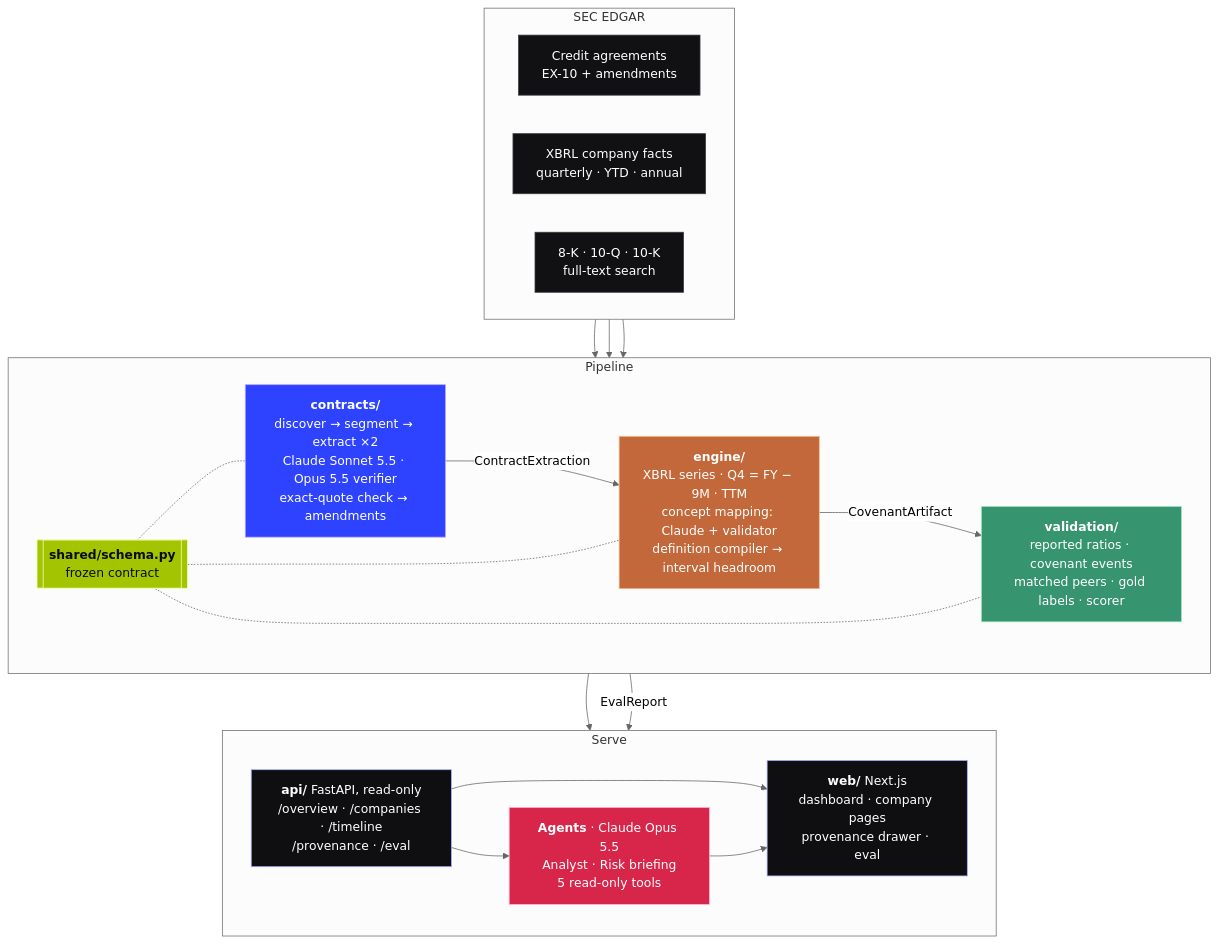
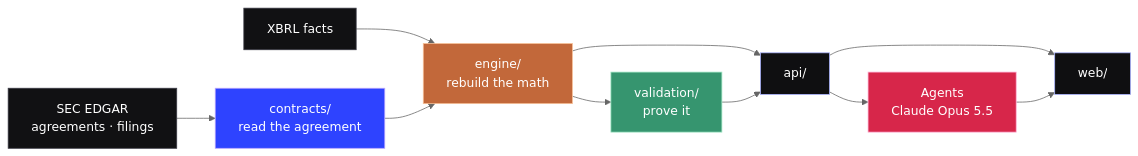
Before and after one commit to lgoyal6/covenant-watch: the first of 3 diagrams in README.md, drawn with Mermaid (neutral theme).

Commit message:
README: compact one-line architecture diagram

````diff
--- a/README.md
+++ b/README.md
@@ -51,53 +51,25 @@
 ```mermaid
-flowchart TB
-    subgraph SRC["SEC EDGAR"]
-        direction LR
-        AGR["Credit agreements<br/>EX-10 + amendments"]
-        XBRL["XBRL company facts<br/>quarterly · YTD · annual"]
-        FIL["8-K · 10-Q · 10-K<br/>full-text search"]
-    end
-
-    subgraph PIPE["Pipeline"]
-        direction LR
-        C["<b>contracts/</b><br/>discover → segment → extract ×2<br/>Claude Sonnet 5.5 · Opus 5.5 verifier<br/>exact-quote check → amendments"]
-        E["<b>engine/</b><br/>XBRL series · Q4 = FY − 9M · TTM<br/>concept mapping: Claude + validator<br/>definition compiler → interval headroom"]
-        V["<b>validation/</b><br/>reported ratios · covenant events<br/>matched peers · gold labels · scorer"]
-        S[["<b>shared/schema.py</b><br/>frozen contract"]]
-    end
-
-    subgraph OUT["Serve"]
-        direction LR
-        API["<b>api/</b> FastAPI, read-only<br/>/overview · /companies · /timeline<br/>/provenance · /eval"]
-        AG["<b>Agents</b> · Claude Opus 5.5<br/>Analyst · Risk briefing<br/>5 read-only tools"]
-        WEB["<b>web/</b> Next.js<br/>dashboard · company pages<br/>provenance drawer · eval"]
-    end
-
-    AGR --> C
-    XBRL --> E
-    FIL --> V
-    C -- ContractExtraction --> E
-    E -- CovenantArtifact --> V
-    E --> API
-    V -- EvalReport --> API
-    API --> AG
-    API --> WEB
-    AG --> WEB
-    S -.- C
-    S -.- E
-    S -.- V
+flowchart LR
+    SEC["SEC EDGAR<br/>agreements · filings"] --> C["contracts/<br/>read the agreement"]
+    XB["XBRL facts"] --> E
+    C --> E["engine/<br/>rebuild the math"]
+    E --> V["validation/<br/>prove it"]
+    E --> API["api/"]
+    V --> API
+    API --> AG["Agents<br/>Claude Opus 5.5"]
+    API --> W["web/"]
+    AG --> W
 
     classDef src fill:#111113,stroke:#3a3a44,color:#fff
     classDef blue fill:#2e43ff,stroke:#b9a6ff,color:#fff
     classDef copper fill:#c2683a,stroke:#f6bf96,color:#fff
     classDef green fill:#36956f,stroke:#a6e8c8,color:#fff
-    classDef lime fill:#a3c400,stroke:#f4ffb8,color:#0b0b0c
     classDef pink fill:#d7264a,stroke:#ffb3d6,color:#fff
     classDef dark fill:#0f0f11,stroke:#a9b2ff,color:#fff
-    class AGR,XBRL,FIL src
+    class SEC,XB src
     class C blue
     class E copper
     class V green
-    class S lime
     class AG pink
-    class API,WEB dark
+    class API,W dark
 ```
````
